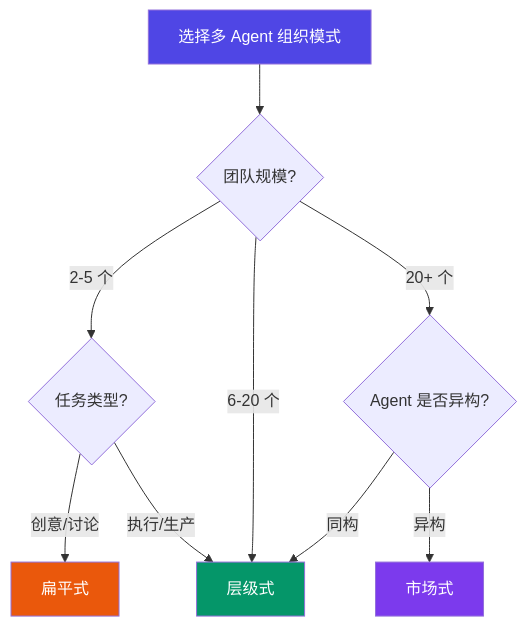
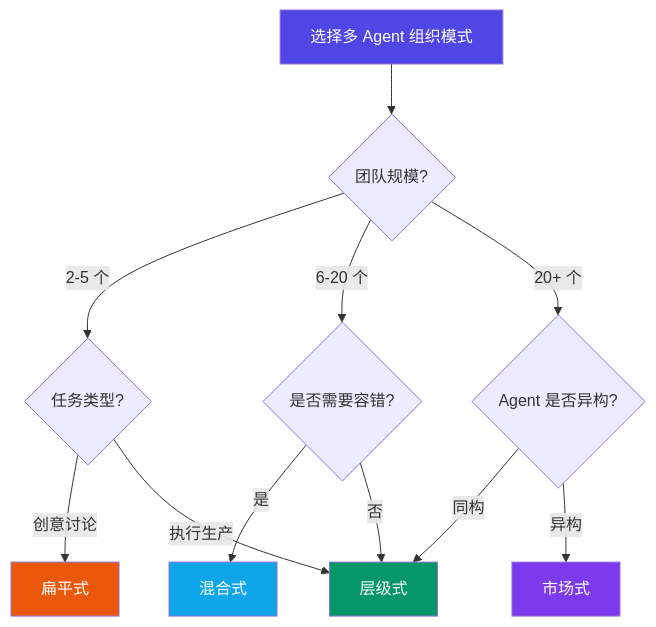
Before and after one commit to wqwz111/Tech-Researcher: the sixth of 6 diagrams in reports/methodology/multi-agent-team-management.md, drawn with Mermaid. The commit also changed other lines of this file and 1 other file, not shown here.

````diff
--- a/reports/methodology/multi-agent-team-management.md
+++ b/reports/methodology/multi-agent-team-management.md
@@ -362,15 +545,18 @@
 ```mermaid
 flowchart TD
     START[选择多 Agent 组织模式] --> Q1{团队规模?}
     Q1 -->|2-5 个| Q2{任务类型?}
-    Q1 -->|6-20 个| HIER[层级式]
+    Q1 -->|6-20 个| Q4{是否需要容错?}
     Q1 -->|20+ 个| Q3{Agent 是否异构?}
-    Q2 -->|创意/讨论| FLAT[扁平式]
-    Q2 -->|执行/生产| HIER
+    Q2 -->|创意讨论| FLAT[扁平式]
+    Q2 -->|执行生产| HIER[层级式]
     Q3 -->|同构| HIER
     Q3 -->|异构| MARKET[市场式]
+    Q4 -->|是| HYBRID[混合式]
+    Q4 -->|否| HIER
     style START fill:#4f46e5,color:#fff
     style HIER fill:#059669,color:#fff
     style FLAT fill:#ea580c,color:#fff
     style MARKET fill:#7c3aed,color:#fff
+    style HYBRID fill:#0ea5e9,color:#fff
 ```
````
